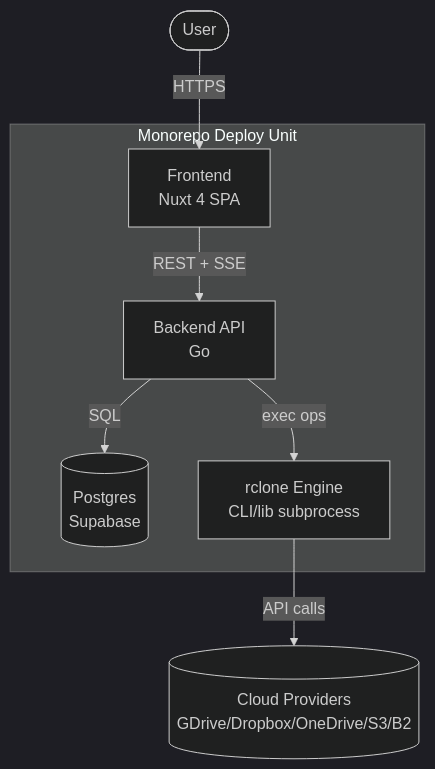
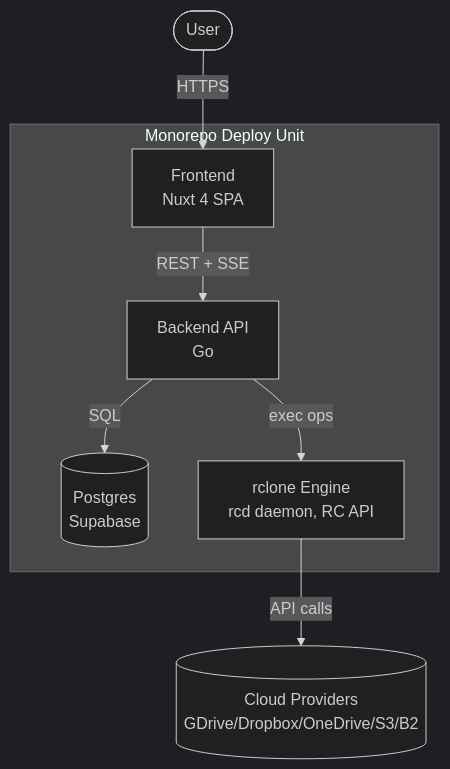
Before and after one commit to nannndev/poly-cloud: the second of 3 diagrams in docs/01-architecture.md, drawn with Mermaid (dark theme). The commit also changed other lines of this file and 65 other files, not shown here.

Commit message:
feat: implement backend API service, storage engine integration, and frontend account management

````diff
--- a/docs/01-architecture.md
+++ b/docs/01-architecture.md
@@ -35,17 +35,17 @@
 ```mermaid
 graph TB
     user([User])
     subgraph mono[Monorepo Deploy Unit]
         fe[Frontend<br/>Nuxt 4 SPA]
         be[Backend API<br/>Go]
         db[(Postgres<br/>Supabase)]
-        engine[rclone Engine<br/>CLI/lib subprocess]
+        engine[rclone Engine<br/>rcd daemon, RC API]
     end
     providers[(Cloud Providers<br/>GDrive/Dropbox/OneDrive/S3/B2)]
 
     user -->|HTTPS| fe
     fe -->|REST + SSE| be
     be -->|SQL| db
     be -->|exec ops| engine
     engine -->|API calls| providers
 ```
````
